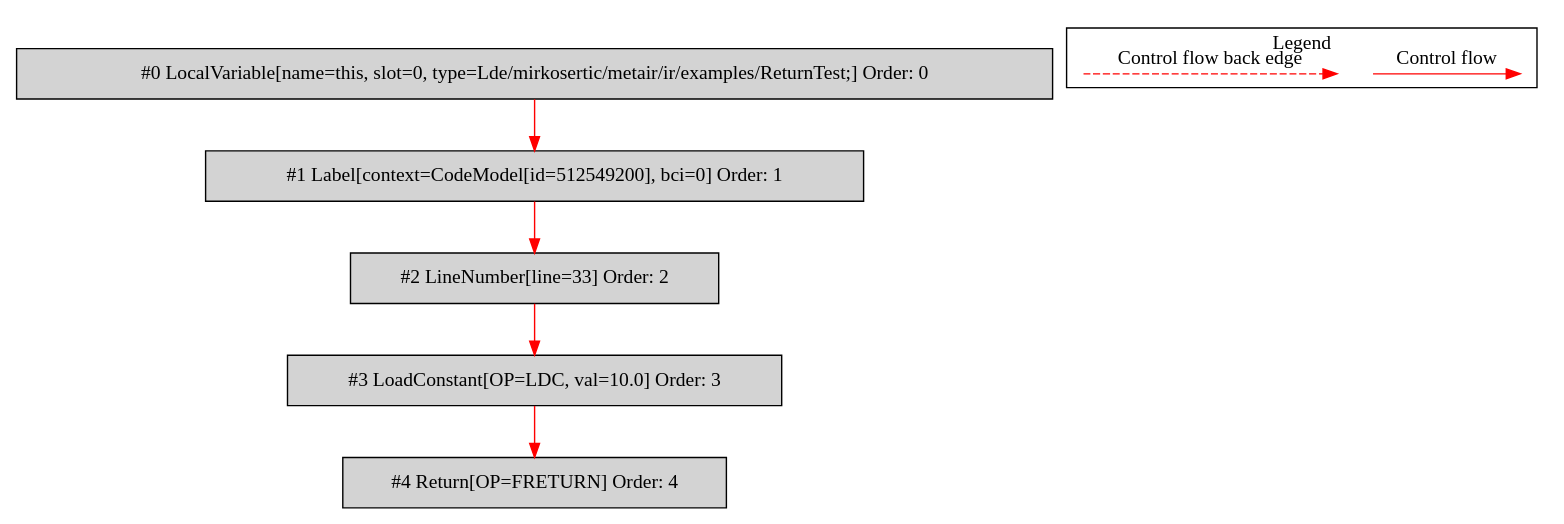
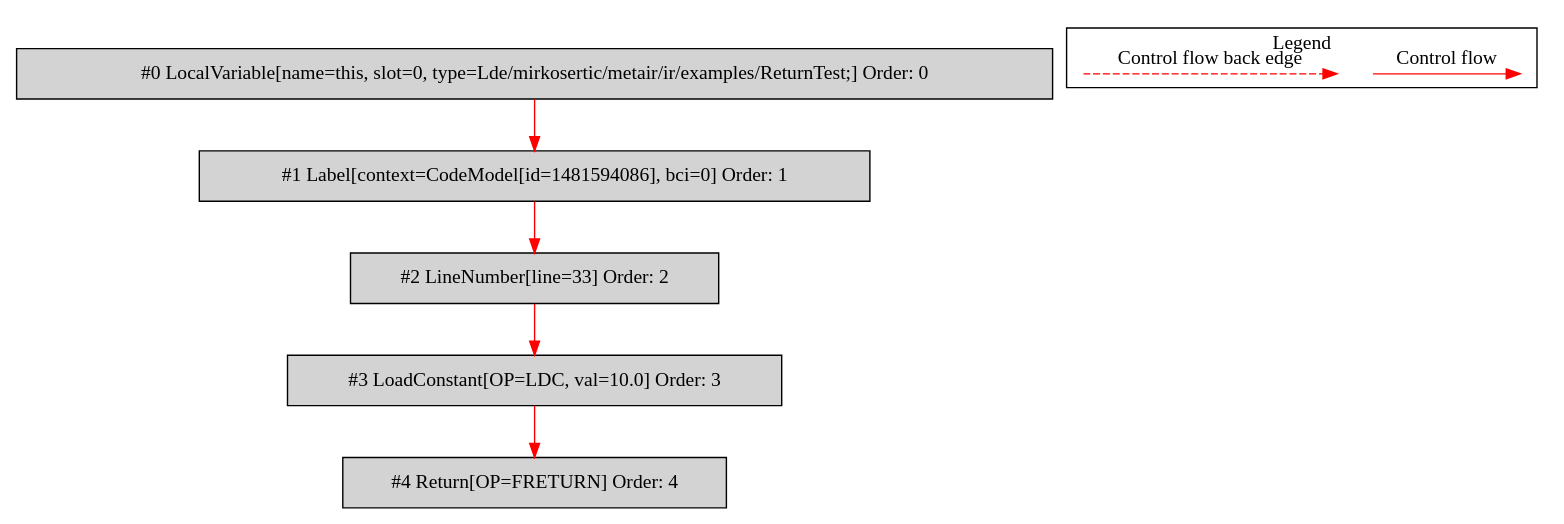
The diagram in de.mirkosertic.metair.ir.examples.ReturnTest/returnFloat/bytecodecfg.dot (mirkosertic/MetaIR), drawn with Graphviz before and after one commit. The commit also changed 427 other files, not shown here.

```diff
--- a/de.mirkosertic.metair.ir.examples.ReturnTest/returnFloat/bytecodecfg.dot
+++ b/de.mirkosertic.metair.ir.examples.ReturnTest/returnFloat/bytecodecfg.dot
@@ -1,26 +1,26 @@
 digraph {
  ordering="in";
  node0[label="#0 LocalVariable[name=this, slot=0, type=Lde/mirkosertic/metair/ir/examples/ReturnTest;] Order: 0", shape=box, fillcolor=lightgrey, style=filled];
- node1[label="#1 Label[context=CodeModel[id=512549200], bci=0] Order: 1", shape=box, fillcolor=lightgrey, style=filled];
+ node1[label="#1 Label[context=CodeModel[id=1481594086], bci=0] Order: 1", shape=box, fillcolor=lightgrey, style=filled];
  node2[label="#2 LineNumber[line=33] Order: 2", shape=box, fillcolor=lightgrey, style=filled];
  node3[label="#3 LoadConstant[OP=LDC, val=10.0] Order: 3", shape=box, fillcolor=lightgrey, style=filled];
  node4[label="#4 Return[OP=FRETURN] Order: 4", shape=box, fillcolor=lightgrey, style=filled];
  node0 -> node1[color=red];
  node1 -> node2[color=red];
  node2 -> node3[color=red];
  node3 -> node4[color=red];
  subgraph cluster_000 {
   label = "Legend";
   node [shape=point]
   {
    rank=same;
    c0 [style = invis];
    c1 [style = invis];
    c2 [style = invis];
    c3 [style = invis];
   }
   c0 -> c1 [label="Control flow", style=solid, color=red]
   c2 -> c3 [label="Control flow back edge", style=dashed, color=red]
  }
 
 }
```
